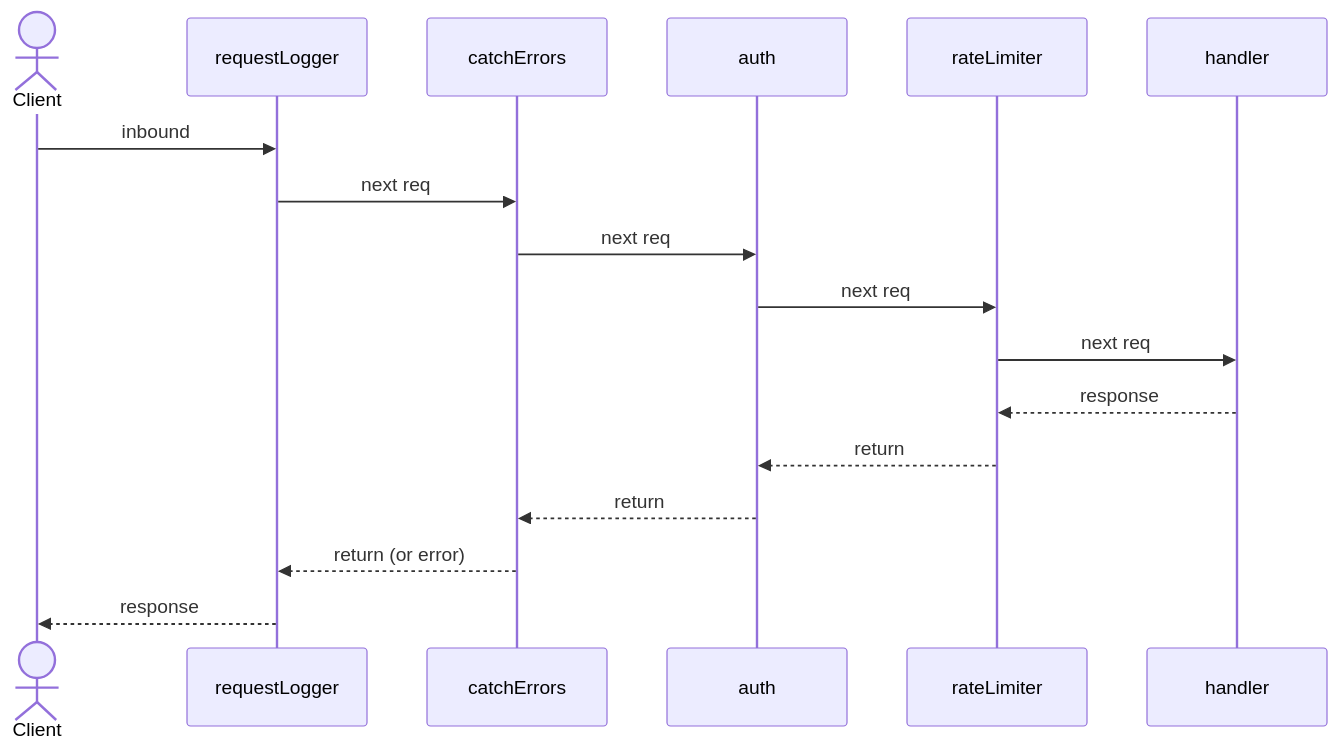
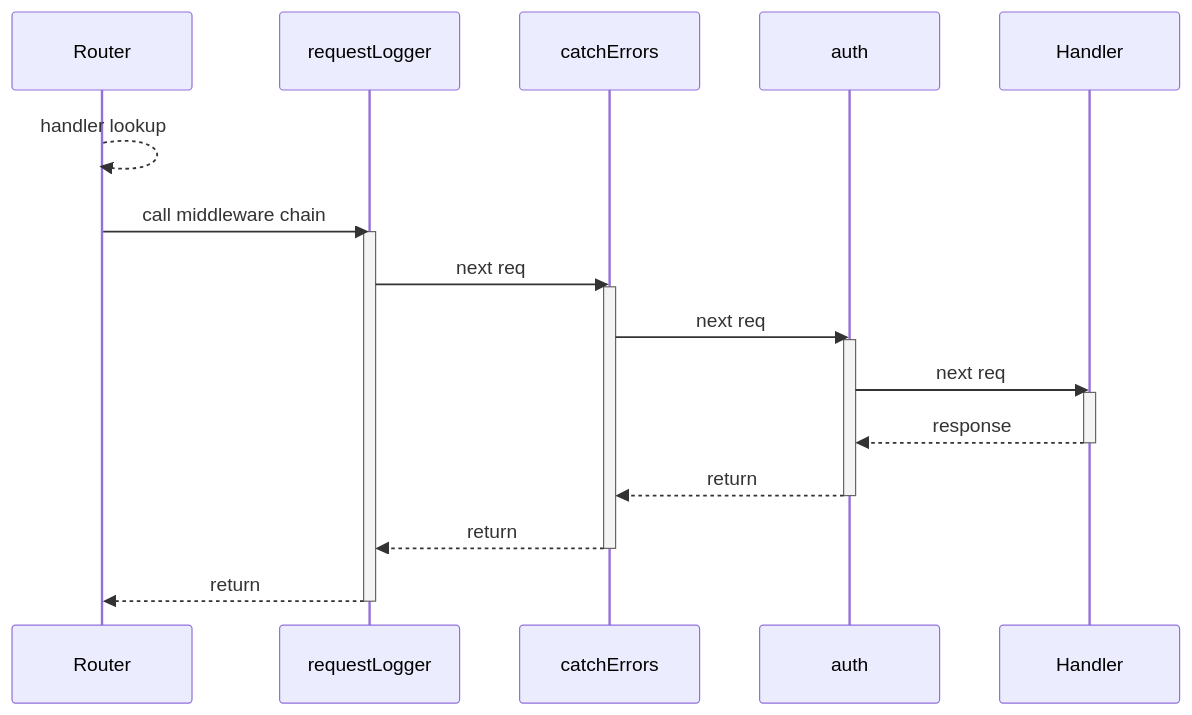
Before and after one commit to ecyrbe/leanio: the second of 3 diagrams in README.md, drawn with Mermaid. The commit also changed other lines of this file, not shown here.

````diff
--- a/README.md
+++ b/README.md
@@ -440,19 +763,25 @@
 ```mermaid
 sequenceDiagram
-  actor Client
-  participant RL as requestLogger
-  participant CE as catchErrors
-  participant AU as auth
-  participant RT as rateLimiter
-  participant H as handler
-  Client->>RL: inbound
-  RL->>CE: next req
-  CE->>AU: next req
-  AU->>RT: next req
-  RT->>H: next req
-  H-->>RT: response
-  RT-->>AU: return
-  AU-->>CE: return
-  CE-->>RL: return (or error)
-  RL-->>Client: response
+  participant R as Router
+  participant M1 as requestLogger
+  participant M2 as catchErrors
+  participant M3 as auth
+  participant H as Handler
+  R-->>R: handler lookup
+  R->>M1: call middleware chain
+  activate M1
+  M1->>M2: next req
+  activate M2
+  M2->>M3: next req
+  activate M3
+  M3->>H: next req
+  activate H
+  H-->>M3: response
+  deactivate H
+  M3-->>M2: return
+  deactivate M3
+  M2-->>M1: return
+  deactivate M2
+  M1-->>R: return
+  deactivate M1
 ```
````
